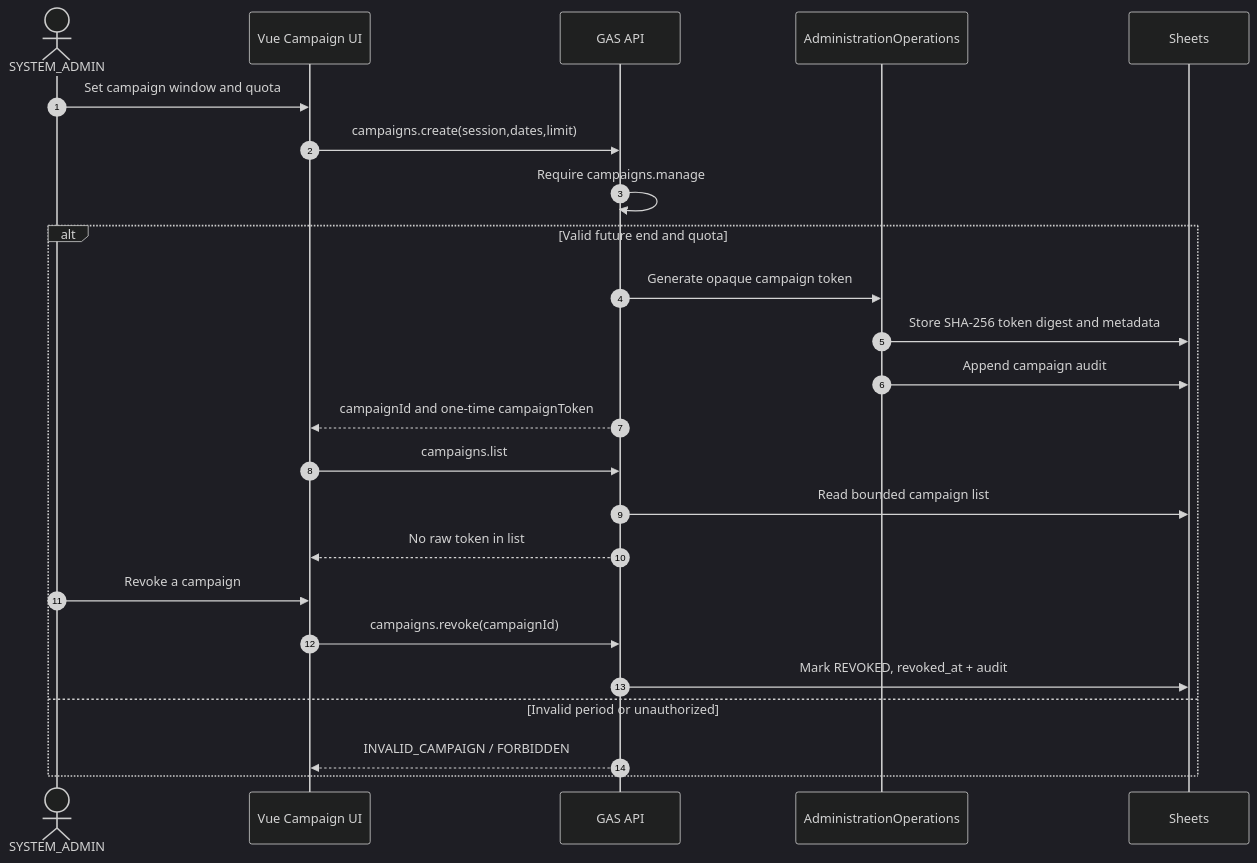
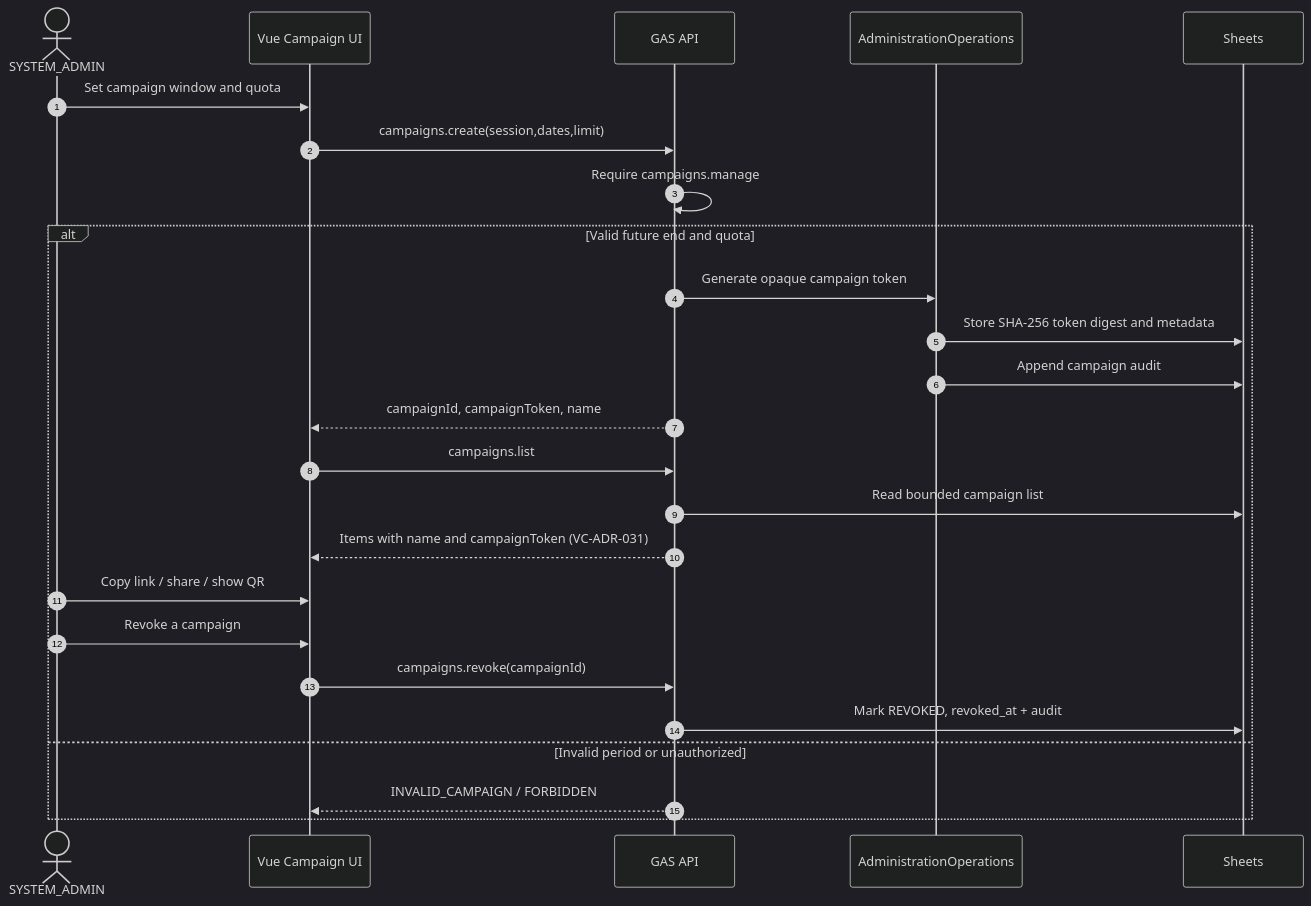
Before and after one commit to idev006/MT-Agency-Super-App-Framework: the diagram in apps/vehicle-contact/docs/use-cases/UC-CAMP-01/sequence.mmd, drawn with Mermaid (dark theme). The commit also changed 23 other files, not shown here.

First line of the commit message:
feat(p6vc): VC-ADR-031 campaign code always copyable — name, copy link / share / QR (0.9.20 / FE 0.8.9) (#186)

```diff
--- a/apps/vehicle-contact/docs/use-cases/UC-CAMP-01/sequence.mmd
+++ b/apps/vehicle-contact/docs/use-cases/UC-CAMP-01/sequence.mmd
@@ -1,24 +1,25 @@
 sequenceDiagram
   autonumber
   actor Admin as SYSTEM_ADMIN
   participant FE as Vue Campaign UI
   participant API as GAS API
   participant Campaign as AdministrationOperations
   participant DB as Sheets
   Admin->>FE: Set campaign window and quota
   FE->>API: campaigns.create(session,dates,limit)
   API->>API: Require campaigns.manage
   alt Valid future end and quota
     API->>Campaign: Generate opaque campaign token
     Campaign->>DB: Store SHA-256 token digest and metadata
     Campaign->>DB: Append campaign audit
-    API-->>FE: campaignId and one-time campaignToken
+    API-->>FE: campaignId, campaignToken, name
     FE->>API: campaigns.list
     API->>DB: Read bounded campaign list
-    API-->>FE: No raw token in list
+    API-->>FE: Items with name and campaignToken (VC-ADR-031)
+    Admin->>FE: Copy link / share / show QR
     Admin->>FE: Revoke a campaign
     FE->>API: campaigns.revoke(campaignId)
     API->>DB: Mark REVOKED, revoked_at + audit
   else Invalid period or unauthorized
     API-->>FE: INVALID_CAMPAIGN / FORBIDDEN
   end
```
